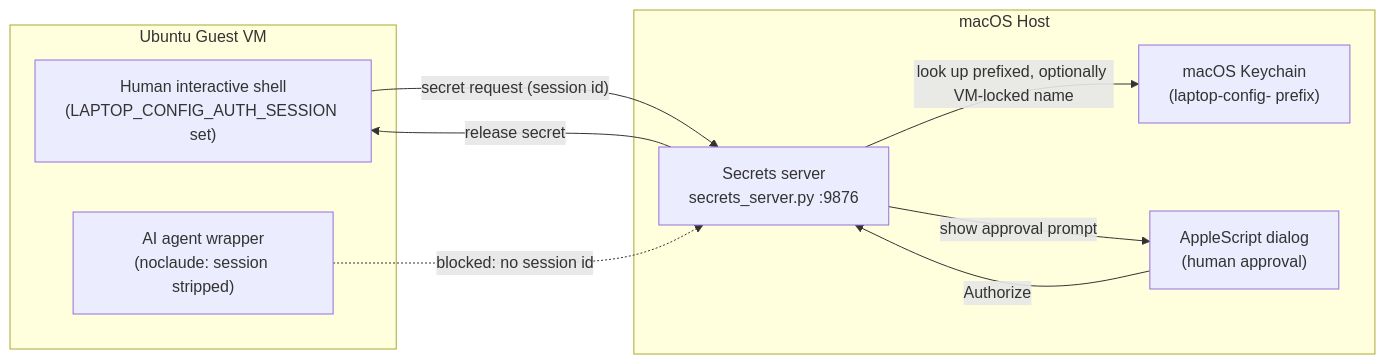
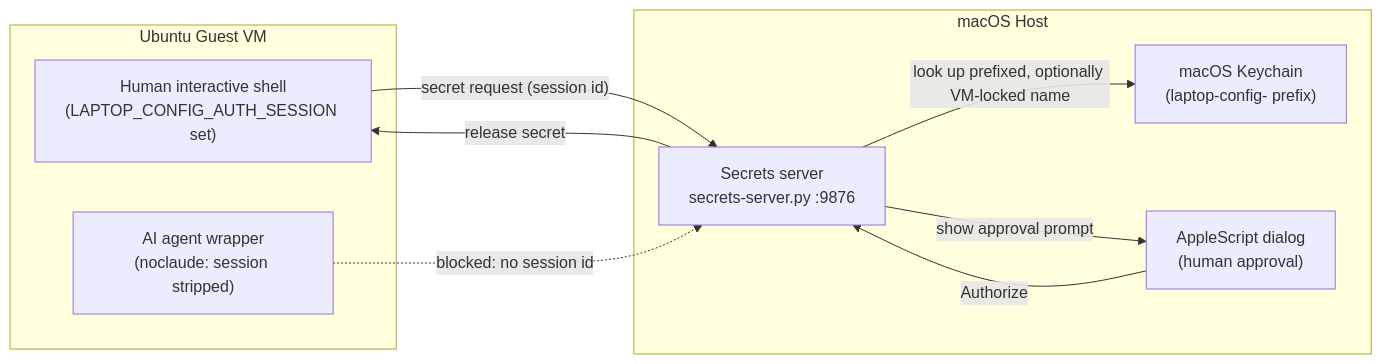
The diagram in architecture.md (david-a-wheeler/laptop-config), drawn with Mermaid before and after one commit. The commit also changed other lines of this file and 14 other files, not shown here.

````diff
--- a/architecture.md
+++ b/architecture.md
@@ -35,20 +35,20 @@
 ```mermaid
 flowchart LR
     subgraph VM["Ubuntu Guest VM"]
         Human["Human interactive shell<br/>(LAPTOP_CONFIG_AUTH_SESSION set)"]
         Agent["AI agent wrapper<br/>(noclaude: session stripped)"]
     end
 
     subgraph Host["macOS Host"]
-        Server["Secrets server<br/>secrets_server.py :9876"]
+        Server["Secrets server<br/>secrets-server.py :9876"]
         Dialog["AppleScript dialog<br/>(human approval)"]
         Keychain["macOS Keychain<br/>(laptop-config- prefix)"]
     end
 
     Human -- "secret request (session id)" --> Server
     Agent -. "blocked: no session id" .-> Server
     Server -- "look up prefixed, optionally VM-locked name" --> Keychain
     Server -- "show approval prompt" --> Dialog
     Dialog -- "Authorize" --> Server
     Server -- "release secret" --> Human
 ```
````
